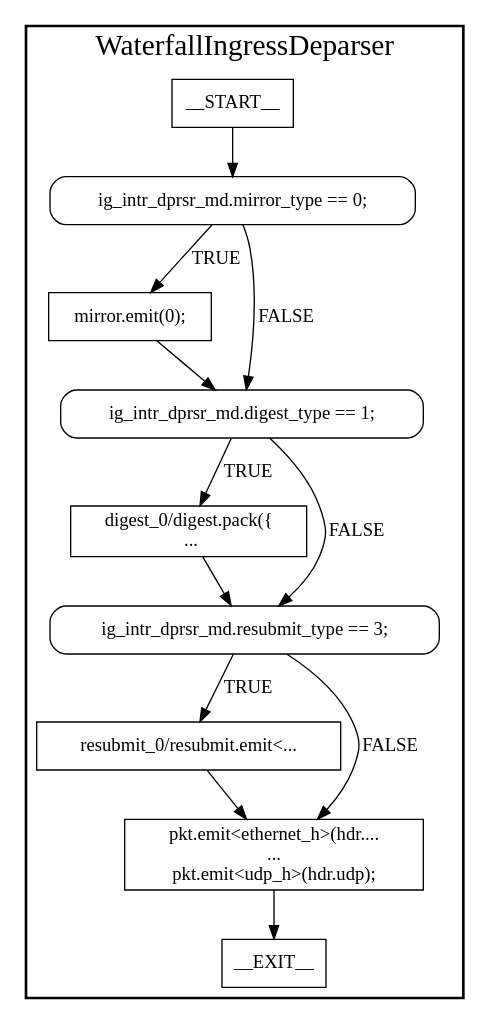
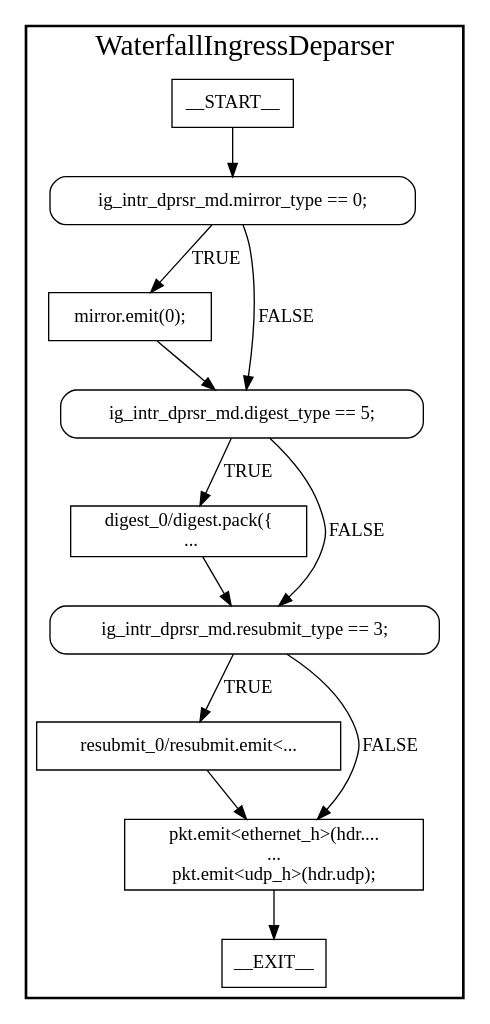
The diagram in waterfall-fcm-srctuple/waterfall_fcm/tofino/pipe/graphs/WaterfallIngressDeparser.dot (joepboumans/waterfall-table), drawn with Graphviz before and after one commit. The commit also changed 41 other files, not shown here.

```diff
--- a/waterfall-fcm-srctuple/waterfall_fcm/tofino/pipe/graphs/WaterfallIngressDeparser.dot
+++ b/waterfall-fcm-srctuple/waterfall_fcm/tofino/pipe/graphs/WaterfallIngressDeparser.dot
@@ -1,27 +1,27 @@
 digraph WaterfallIngressDeparser {
 subgraph cluster {
 graph [
 fontsize="22pt", label=WaterfallIngressDeparser, style=bold];
 0[label=__START__, margin="", shape=rectangle, style=solid];
 1[label=__EXIT__, margin="", shape=rectangle, style=solid];
 2[label="ig_intr_dprsr_md.mirror_type == 0;", margin="", shape=rectangle, style=rounded];
 3[label="mirror.emit(0);", margin="", shape=rectangle, style=solid];
-4[label="ig_intr_dprsr_md.digest_type == 1;", margin="", shape=rectangle, style=rounded];
+4[label="ig_intr_dprsr_md.digest_type == 5;", margin="", shape=rectangle, style=rounded];
 5[label="digest_0/digest.pack({
   ...", margin="", shape=rectangle, style=solid];
 6[label="ig_intr_dprsr_md.resubmit_type == 3;", margin="", shape=rectangle, style=rounded];
 7[label="resubmit_0/resubmit.emit<...", margin="", shape=rectangle, style=solid];
 8[label="pkt.emit<ethernet_h>(hdr....\n...\npkt.emit<udp_h>(hdr.udp);", margin="", shape=rectangle, style=solid];
 0 -> 2[label=""];
 2 -> 3[label=TRUE];
 2 -> 4[label=FALSE];
 3 -> 4[label=""];
 4 -> 5[label=TRUE];
 4 -> 6[label=FALSE];
 5 -> 6[label=""];
 6 -> 7[label=TRUE];
 6 -> 8[label=FALSE];
 7 -> 8[label=""];
 8 -> 1[label=""];
 }
 }
```
